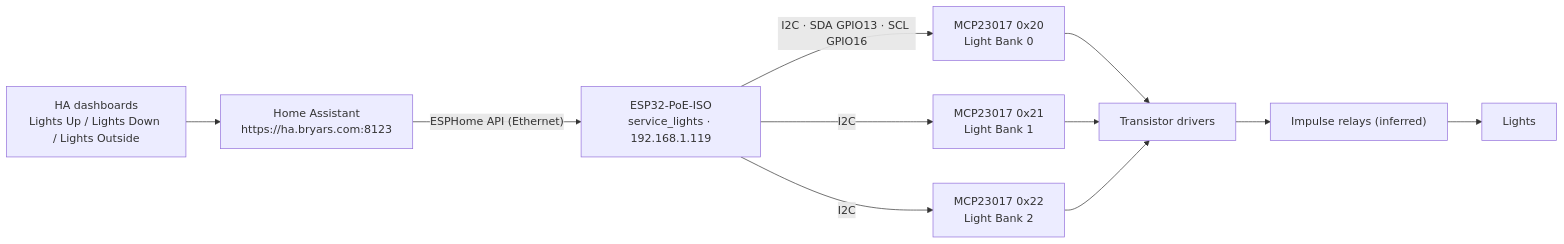
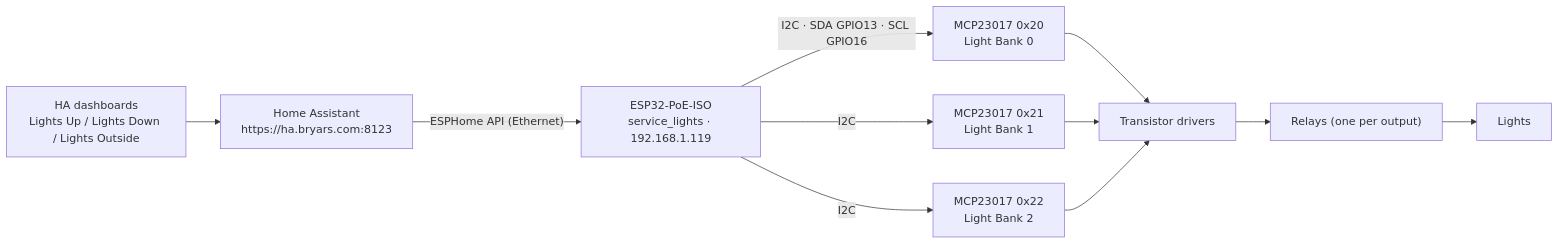
One commit to DanielBryars/HassConfig changed the diagram in docs/service-lights/README.md. Above: the diagram before and after it, drawn with Mermaid. The commit also changed other lines of this file and 2 other files, not shown here.

First line of the commit message:
Correct relay model: outputs hold relays directly, restore state on reboot

````diff
--- a/docs/service-lights/README.md
+++ b/docs/service-lights/README.md
@@ -8,9 +8,9 @@
 ```mermaid
 flowchart LR
     D["HA dashboards<br/>Lights Up / Lights Down / Lights Outside"] --> HA["Home Assistant<br/>https://ha.bryars.com:8123"]
     HA -- "ESPHome API (Ethernet)" --> ESP["ESP32-PoE-ISO<br/>service_lights · 192.168.1.119"]
     ESP -- "I2C · SDA GPIO13 · SCL GPIO16" --> U1["MCP23017 0x20<br/>Light Bank 0"]
     ESP -- I2C --> U2["MCP23017 0x21<br/>Light Bank 1"]
     ESP -- I2C --> U3["MCP23017 0x22<br/>Light Bank 2"]
-    U1 & U2 & U3 --> DRV["Transistor drivers"] --> REL["Impulse relays (inferred)"] --> L["Lights"]
+    U1 & U2 & U3 --> DRV["Transistor drivers"] --> REL["Relays (one per output)"] --> L["Lights"]
 ```
````
